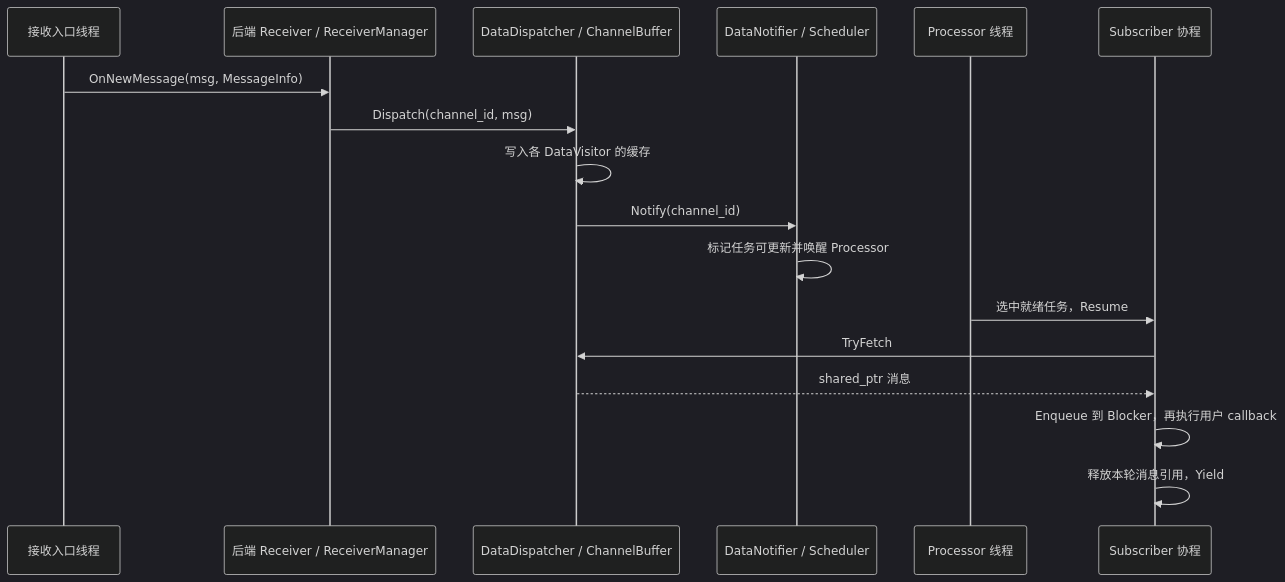
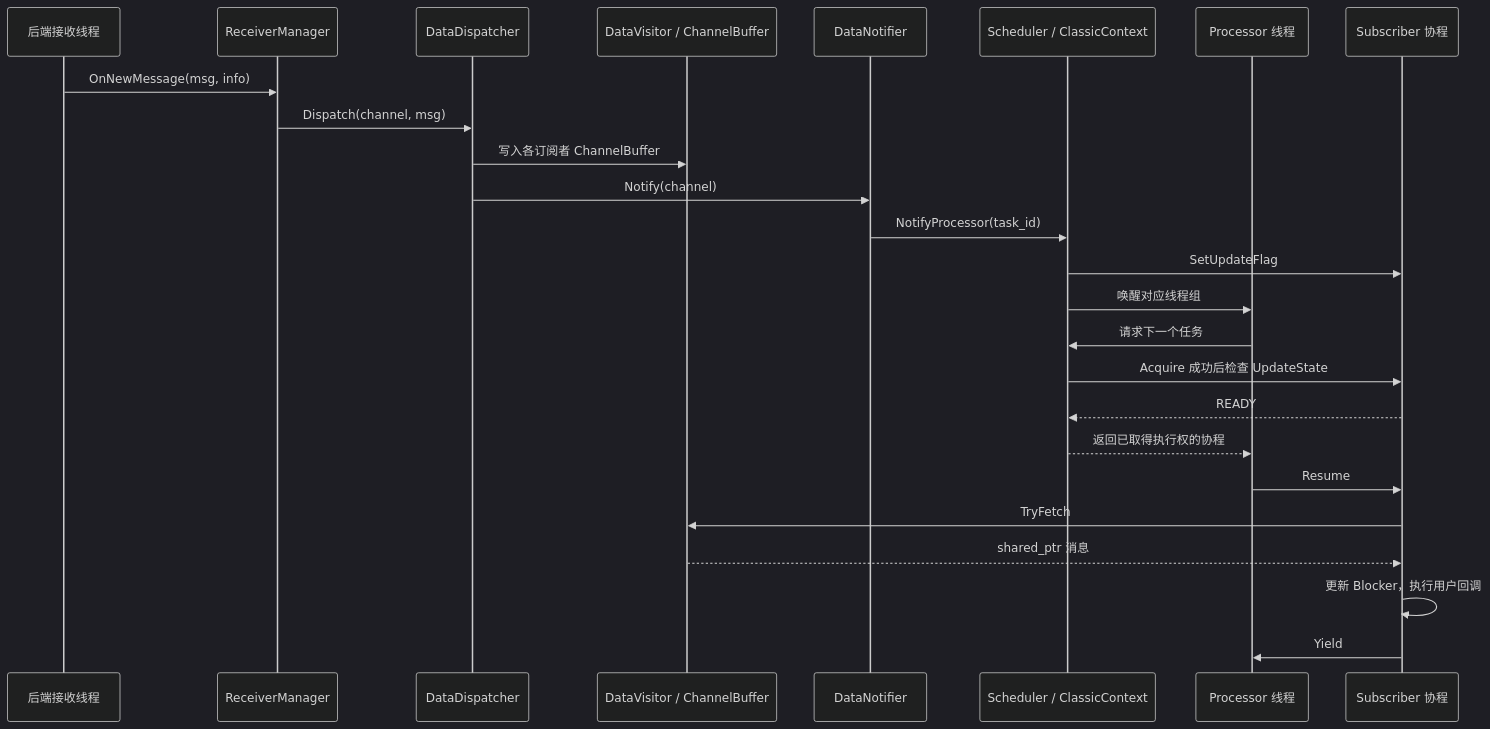
One commit to jzh03/cpp_MINI-CyberRT changed the fourth of 13 diagrams in doc/architecture.md. Above: the diagram before and after it, drawn with Mermaid (dark theme). The commit also changed other lines of this file and 13 other files, not shown here.

````diff
--- a/doc/architecture.md
+++ b/doc/architecture.md
@@ -235,19 +160,27 @@
 ```mermaid
 sequenceDiagram
-    participant IO as 接收入口线程
-    participant R as 后端 Receiver / ReceiverManager
-    participant D as DataDispatcher / ChannelBuffer
-    participant N as DataNotifier / Scheduler
+    participant IO as 后端接收线程
+    participant R as ReceiverManager
+    participant D as DataDispatcher
+    participant V as DataVisitor / ChannelBuffer
+    participant N as DataNotifier
+    participant S as Scheduler / ClassicContext
     participant P as Processor 线程
     participant C as Subscriber 协程
-    IO->>R: OnNewMessage(msg, MessageInfo)
-    R->>D: Dispatch(channel_id, msg)
-    D->>D: 写入各 DataVisitor 的缓存
-    D->>N: Notify(channel_id)
-    N->>N: 标记任务可更新并唤醒 Processor
-    P->>C: 选中就绪任务，Resume
-    C->>D: TryFetch
-    D-->>C: shared_ptr 消息
-    C->>C: Enqueue 到 Blocker，再执行用户 callback
-    C->>C: 释放本轮消息引用，Yield
+    IO->>R: OnNewMessage(msg, info)
+    R->>D: Dispatch(channel, msg)
+    D->>V: 写入各订阅者 ChannelBuffer
+    D->>N: Notify(channel)
+    N->>S: NotifyProcessor(task_id)
+    S->>C: SetUpdateFlag
+    S->>P: 唤醒对应线程组
+    P->>S: 请求下一个任务
+    S->>C: Acquire 成功后检查 UpdateState
+    C-->>S: READY
+    S-->>P: 返回已取得执行权的协程
+    P->>C: Resume
+    C->>V: TryFetch
+    V-->>C: shared_ptr 消息
+    C->>C: 更新 Blocker，执行用户回调
+    C->>P: Yield
 ```
````
